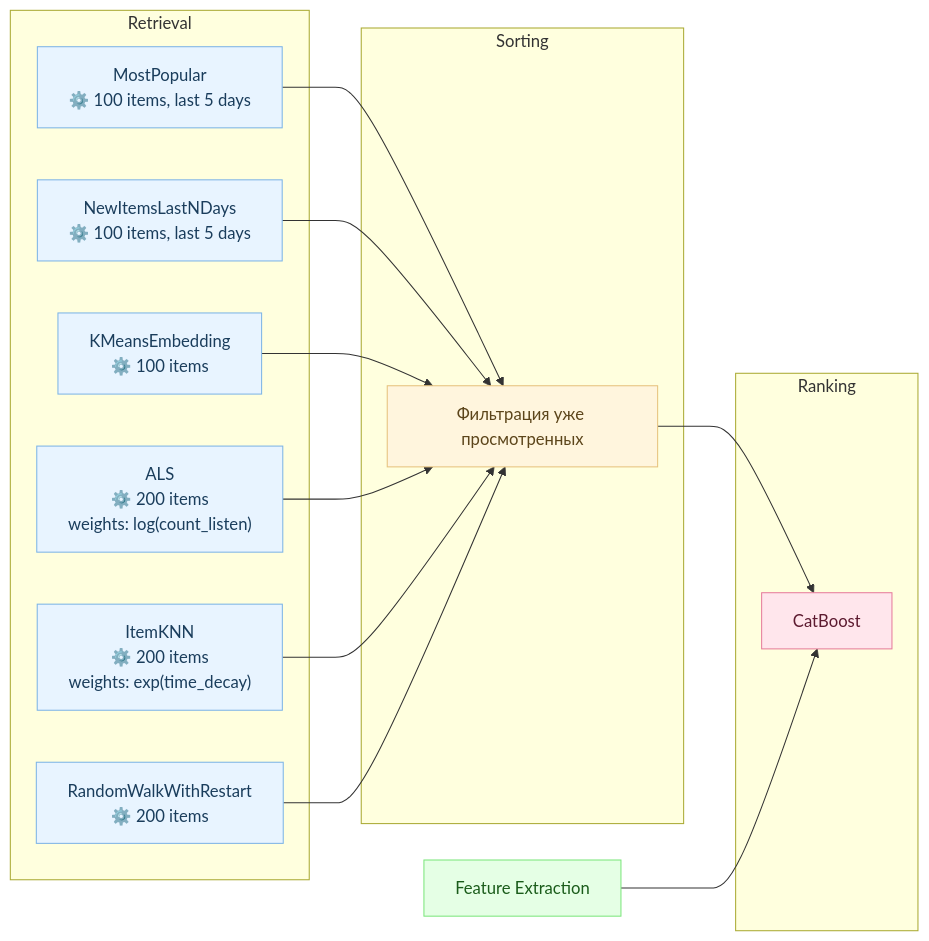
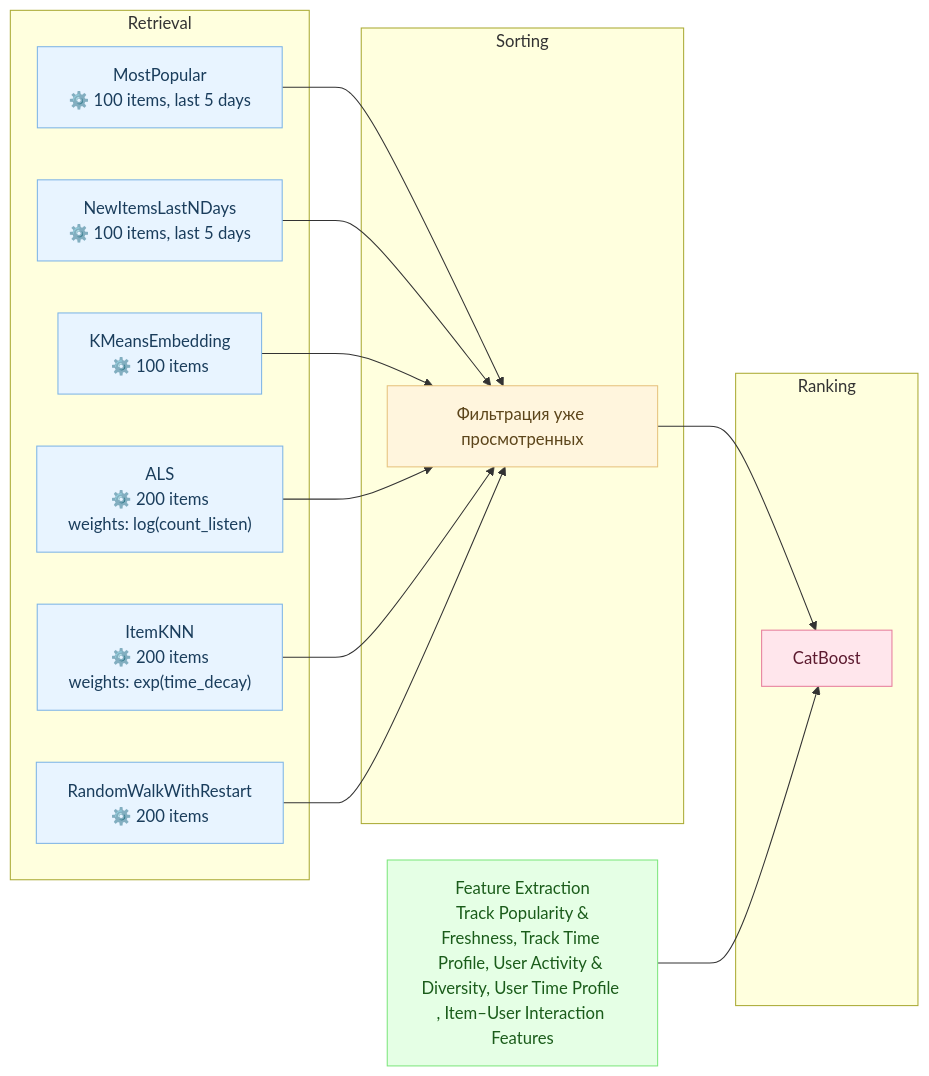
The second of 2 diagrams in README.md (Nastasy822/music-recommendation-experiments), drawn with Mermaid before and after one commit. The commit also changed other lines of this file, not shown here.

Commit message:
docs(readme): update diagram

````diff
--- a/README.md
+++ b/README.md
@@ -180,48 +180,48 @@
 ```mermaid
 flowchart LR
 
     %% === Retrieval Models ===
     subgraph RETRIEVAL ["Retrieval"]
         PopAll["MostPopular<br/>⚙️ 100 items, last 5 days"]
         PopUser["NewItemsLastNDays<br/>⚙️ 100 items, last 5 days"]
         SIM["KMeansEmbedding<br/>⚙️ 100 items"]
         ITEMKNN["ItemKNN<br/>⚙️ 200 items<br/>weights: exp(time_decay)"]
         GRAPH["RandomWalkWithRestart<br/>⚙️ 200 items"]
         ALS["ALS<br/>⚙️ 200 items<br/>weights: log(count_listen)"]
     end
 
     %% === Sorting Stage ===
     subgraph SORTING ["Sorting"]
         FILTER["Фильтрация уже просмотренных"]
     end
 
     %% === Ranking Stage ===
     subgraph RANKING ["Ranking"]
         RANK["CatBoost"]
     end
 
     %% === Feature Extraction ===
-    FEATS["Feature Extraction"]
+    FEATS["Feature Extraction<br> Track Popularity & Freshness, Track Time Profile, User Activity & Diversity, User Time Profile , Item–User Interaction Features"]
 
     %% === Data Flows ===
     PopAll --> FILTER
     PopUser --> FILTER
     SIM --> FILTER
     ALS --> FILTER
     ITEMKNN --> FILTER
     GRAPH --> FILTER
 
     FILTER --> RANK
     FEATS --> RANK
 
     %% === Styles ===
     classDef retrieval fill:#e8f4ff,stroke:#7db4e6,color:#1a3d5c;
     classDef sorting fill:#fff5dd,stroke:#e6c27d,color:#5c451a;
     classDef ranking fill:#ffe6ec,stroke:#e67d9c,color:#5c1a2f;
     classDef features fill:#e5ffe5,stroke:#7de67d,color:#1a5c1a;
 
     class PopAll,PopUser,SIM,ALS,ITEMKNN,GRAPH retrieval;
     class FILTER sorting;
     class RANK ranking;
     class FEATS features;
 ```
````
